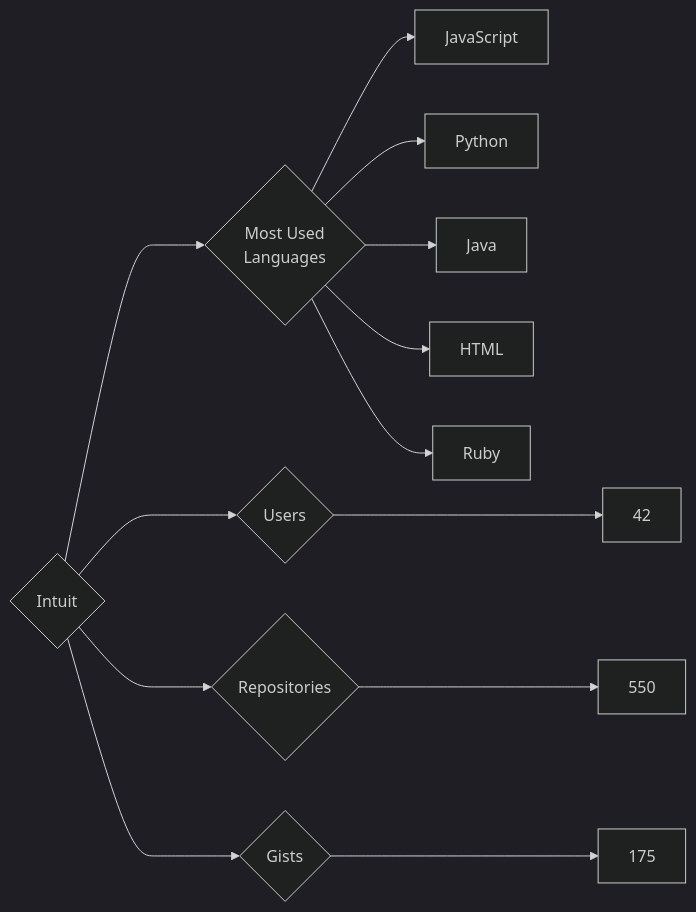
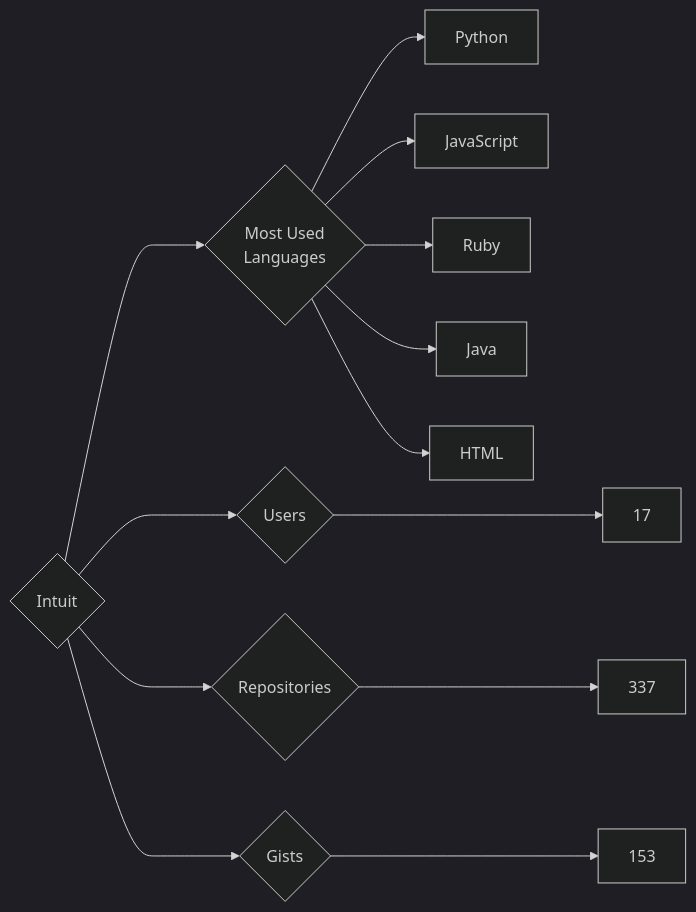
Before and after one commit to trickest/insiders: the diagram in targets/Intuit/README.md, drawn with Mermaid (dark theme). The commit also changed 610 other files, not shown here.

````diff
--- a/targets/Intuit/README.md
+++ b/targets/Intuit/README.md
@@ -3,13 +3,13 @@
 ```mermaid
 graph LR
 COMPANY_NAME{Intuit}
-COMPANY_NAME ---> U{Users} ---> UN[42]
-COMPANY_NAME ---> R{Repositories} ---> RN[550]
-COMPANY_NAME ---> G{Gists} ---> GN[175]
+COMPANY_NAME ---> U{Users} ---> UN[17]
+COMPANY_NAME ---> R{Repositories} ---> RN[337]
+COMPANY_NAME ---> G{Gists} ---> GN[153]
 COMPANY_NAME ---> ML{Most Used<br>Languages}
+ML --> Python[Python]
 ML --> JavaScript[JavaScript]
-ML --> Python[Python]
+ML --> Ruby[Ruby]
 ML --> Java[Java]
 ML --> HTML[HTML]
-ML --> Ruby[Ruby]
 ```
````
